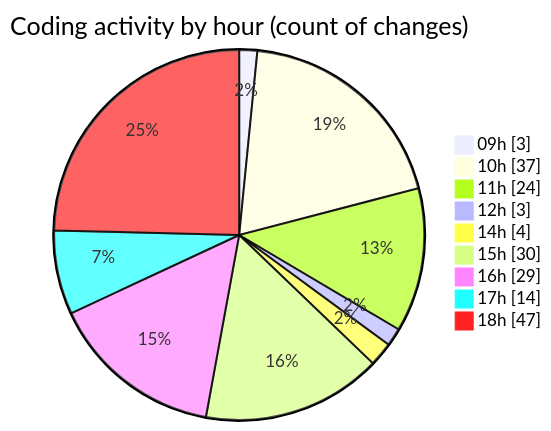
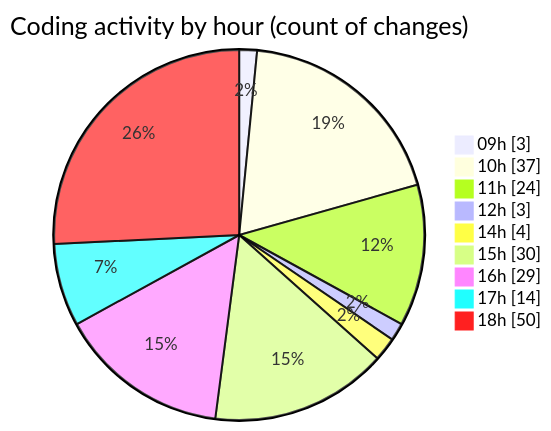
One commit to CELIANVF/code-tracking changed the second of 2 diagrams in 2025-05-02/ecodeli/README.md. Above: the diagram before and after it, drawn with Mermaid. The commit also changed other lines of this file and 1 other file, not shown here.

````diff
--- a/2025-05-02/ecodeli/README.md
+++ b/2025-05-02/ecodeli/README.md
@@ -97,13 +99,13 @@
 ```mermaid
 pie showData
 title Coding activity by hour (count of changes)
 "09h" : 3
 "10h" : 37
 "11h" : 24
 "12h" : 3
 "14h" : 4
 "15h" : 30
 "16h" : 29
 "17h" : 14
-"18h" : 47
+"18h" : 50
 ```
````
